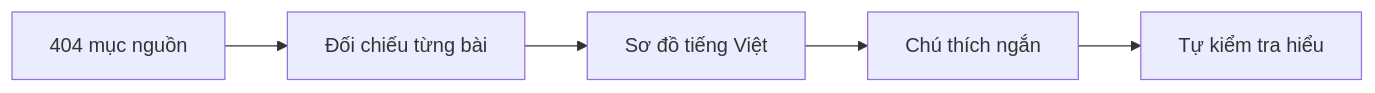
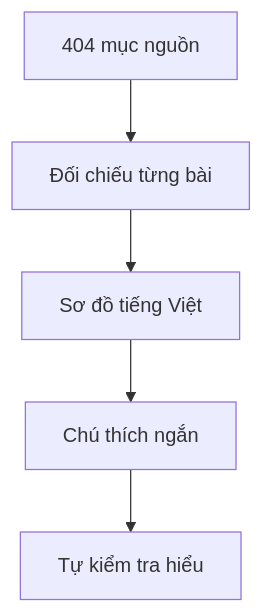
The first of 2 diagrams in brainstorm/system-design-101-vi/README.md (vohoailinh90/Agentic-coding-course), drawn with Mermaid before and after one commit. The commit also changed other lines of this file and 4 other files, not shown here.

````diff
--- a/brainstorm/system-design-101-vi/README.md
+++ b/brainstorm/system-design-101-vi/README.md
@@ -7,7 +7,7 @@
 ```mermaid
-flowchart LR
+flowchart TB
     A["404 mục nguồn"] --> B["Đối chiếu từng bài"]
     B --> C["Sơ đồ tiếng Việt"]
     C --> D["Chú thích ngắn"]
     D --> E["Tự kiểm tra hiểu"]
 ```
````
